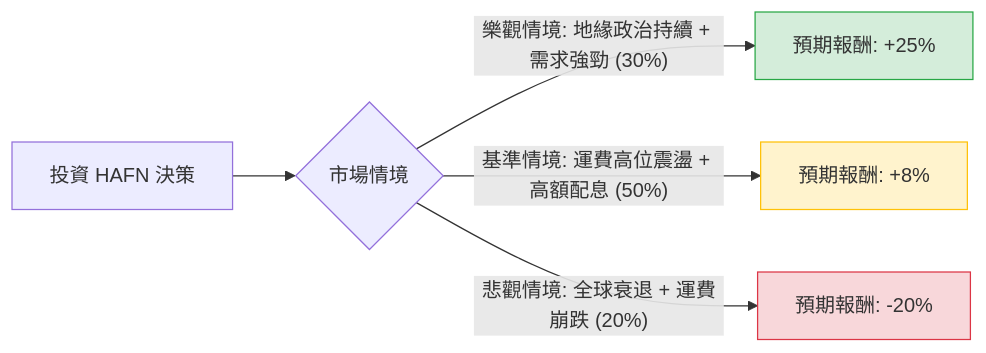
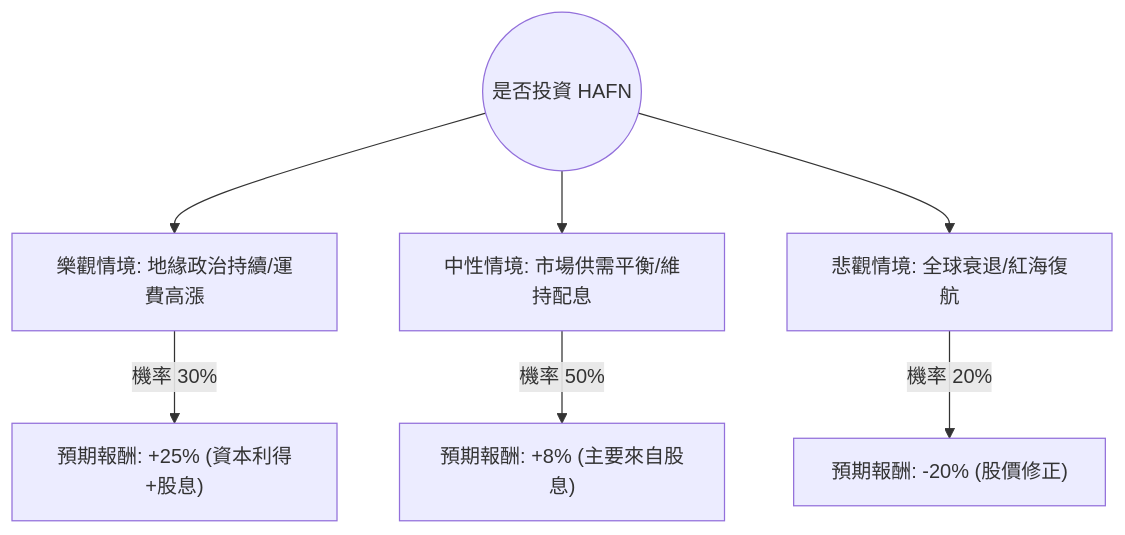
Before and after one commit to zmcx16/zmcx16.github.io: the diagram in plugin-react/ai-analysis/ev-analysis/HAFN.md, drawn with Mermaid. The commit also changed other lines of this file and 63 other files, not shown here.

````diff
--- a/plugin-react/ai-analysis/ev-analysis/HAFN.md
+++ b/plugin-react/ai-analysis/ev-analysis/HAFN.md
@@ -20,12 +19,10 @@
 ```mermaid
-graph LR
-    A[投資 HAFN 決策] --> B{市場情境}
-    
-    B -- 樂觀情境: 地緣政治持續 + 需求強勁 (30%) --> C[預期報酬: +25%]
-    B -- 基準情境: 運費高位震盪 + 高額配息 (50%) --> D[預期報酬: +8%]
-    B -- 悲觀情境: 全球衰退 + 運費崩跌 (20%) --> E[預期報酬: -20%]
+graph TD
+    Start((是否投資 HAFN)) --> Bull[樂觀情境: 地緣政治持續/運費高漲]
+    Start --> Base[中性情境: 市場供需平衡/維持配息]
+    Start --> Bear[悲觀情境: 全球衰退/紅海復航]
 
-    style C fill:#d4edda,stroke:#28a745
-    style D fill:#fff3cd,stroke:#ffc107
-    style E fill:#f8d7da,stroke:#dc3545
+    Bull -- "機率 30%" --> BullVal["預期報酬: +25% (資本利得+股息)"]
+    Base -- "機率 50%" --> BaseVal["預期報酬: +8% (主要來自股息)"]
+    Bear -- "機率 20%" --> BearVal["預期報酬: -20% (股價修正)"]
 ```
````
